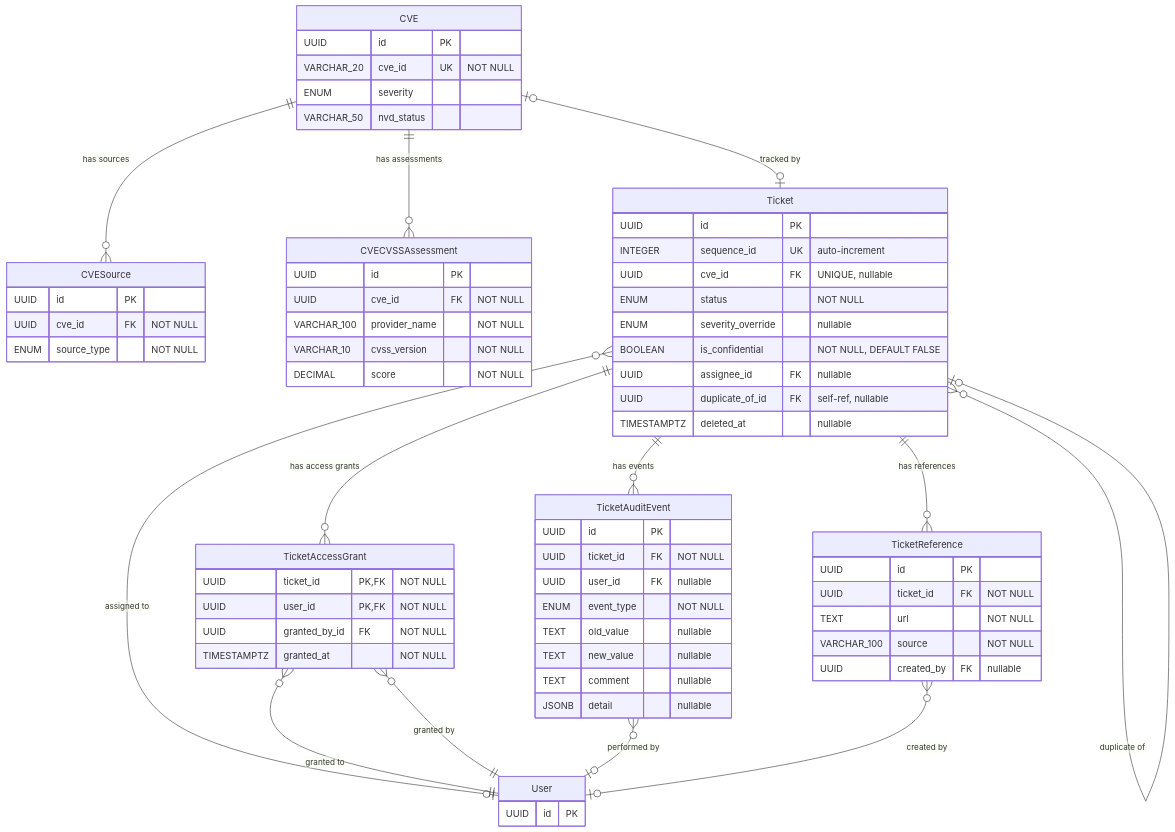
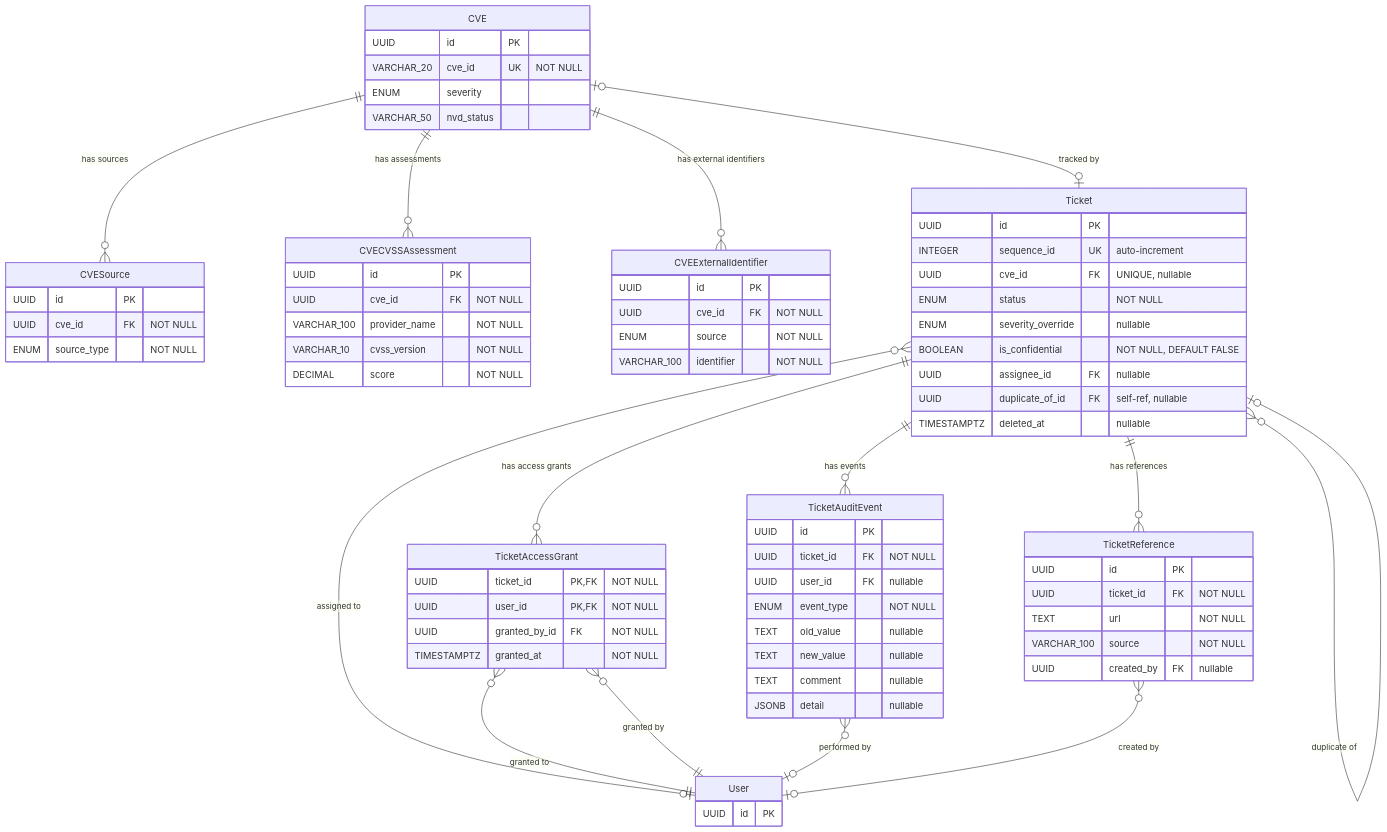
The second of 6 diagrams in docs/data-model.md (StayPirate/STAMP), drawn with Mermaid before and after one commit. The commit also changed other lines of this file and 6 other files, not shown here.

First line of the commit message:
docs: promote CVE external identifiers from draft to approved specs

````diff
--- a/docs/data-model.md
+++ b/docs/data-model.md
@@ -72,71 +73,78 @@
 ```mermaid
 erDiagram
     CVE {
         UUID id PK
         VARCHAR_20 cve_id UK "NOT NULL"
         ENUM severity
         VARCHAR_50 nvd_status
     }
     CVESource {
         UUID id PK
         UUID cve_id FK "NOT NULL"
         ENUM source_type "NOT NULL"
     }
     CVECVSSAssessment {
         UUID id PK
         UUID cve_id FK "NOT NULL"
         VARCHAR_100 provider_name "NOT NULL"
         VARCHAR_10 cvss_version "NOT NULL"
         DECIMAL score "NOT NULL"
+    }
+    CVEExternalIdentifier {
+        UUID id PK
+        UUID cve_id FK "NOT NULL"
+        ENUM source "NOT NULL"
+        VARCHAR_100 identifier "NOT NULL"
     }
     Ticket {
         UUID id PK
         INTEGER sequence_id UK "auto-increment"
         UUID cve_id FK "UNIQUE, nullable"
         ENUM status "NOT NULL"
         ENUM severity_override "nullable"
         BOOLEAN is_confidential "NOT NULL, DEFAULT FALSE"
         UUID assignee_id FK "nullable"
         UUID duplicate_of_id FK "self-ref, nullable"
         TIMESTAMPTZ deleted_at "nullable"
     }
     TicketAccessGrant {
         UUID ticket_id PK,FK "NOT NULL"
         UUID user_id PK,FK "NOT NULL"
         UUID granted_by_id FK "NOT NULL"
         TIMESTAMPTZ granted_at "NOT NULL"
     }
     TicketAuditEvent {
         UUID id PK
         UUID ticket_id FK "NOT NULL"
         UUID user_id FK "nullable"
         ENUM event_type "NOT NULL"
         TEXT old_value "nullable"
         TEXT new_value "nullable"
         TEXT comment "nullable"
         JSONB detail "nullable"
     }
     TicketReference {
         UUID id PK
         UUID ticket_id FK "NOT NULL"
         TEXT url "NOT NULL"
         VARCHAR_100 source "NOT NULL"
         UUID created_by FK "nullable"
     }
     User {
         UUID id PK
     }
 
     CVE ||--o{ CVESource : "has sources"
     CVE ||--o{ CVECVSSAssessment : "has assessments"
+    CVE ||--o{ CVEExternalIdentifier : "has external identifiers"
     CVE |o--o| Ticket : "tracked by"
     Ticket ||--o{ TicketAccessGrant : "has access grants"
     Ticket ||--o{ TicketAuditEvent : "has events"
     Ticket ||--o{ TicketReference : "has references"
     Ticket }o--o| User : "assigned to"
     Ticket }o--o| Ticket : "duplicate of"
     TicketAccessGrant }o--|| User : "granted to"
     TicketAccessGrant }o--|| User : "granted by"
     TicketAuditEvent }o--o| User : "performed by"
     TicketReference }o--o| User : "created by"
 ```
````
